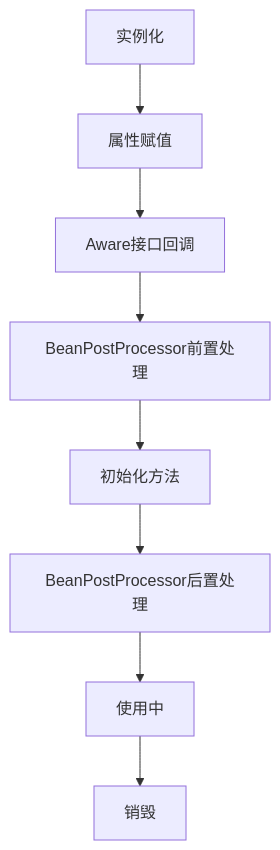
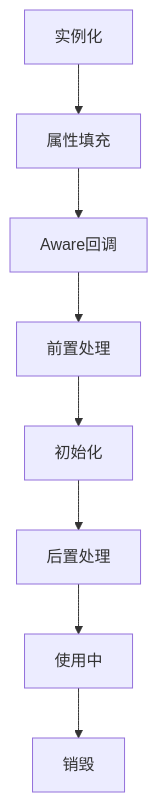
Before and after one commit to lettlehan/hans-blog: the first of 3 diagrams in content/good-work/Spring Boot/spring的bean生命周期与循环依赖.md, drawn with Mermaid. The commit also changed other lines of this file and 16 other files, not shown here.

````diff
--- a/content/good-work/Spring Boot/spring的bean生命周期与循环依赖.md
+++ b/content/good-work/Spring Boot/spring的bean生命周期与循环依赖.md
@@ -9,10 +13,10 @@
-```mermaid  
-graph TD  
-    A[实例化] --> B[属性赋值]  
-    B --> C[Aware接口回调]  
-    C --> D[BeanPostProcessor前置处理]  
-    D --> E[初始化方法]  
-    E --> F[BeanPostProcessor后置处理]  
-    F --> G[使用中]  
-    G --> H[销毁]  
-```  
+```mermaid
+flowchart TD
+    A[实例化] --> B[属性填充]
+    B --> C[Aware回调]
+    C --> D[前置处理]
+    D --> E[初始化]
+    E --> F[后置处理]
+    F --> G[使用中]
+    G --> H[销毁]
+```
````
